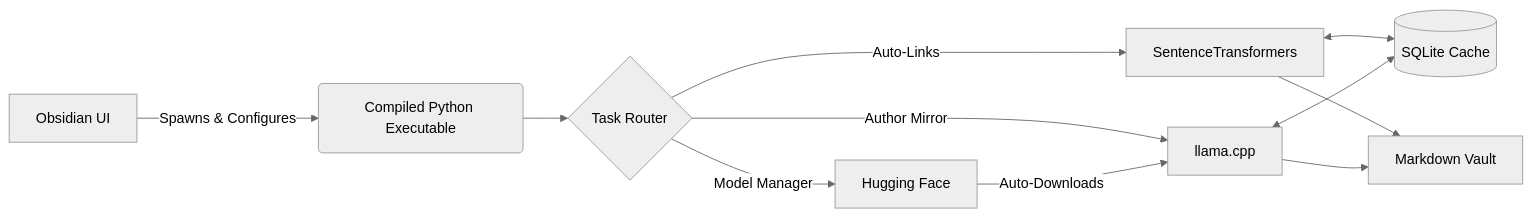
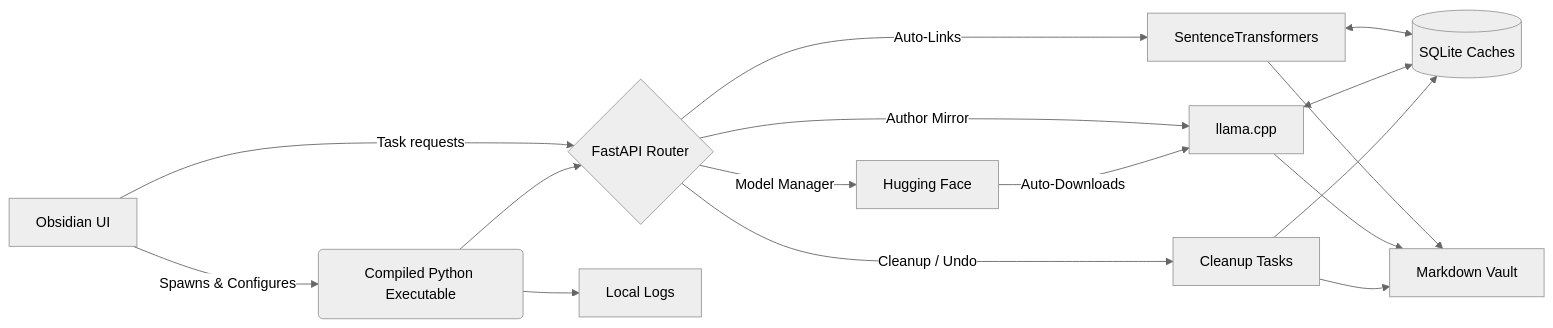
One commit to maeldepreville/pkmai changed the diagram in README.md. Above: the diagram before and after it, drawn with Mermaid (neutral theme). The commit also changed other lines of this file and 8 other files, not shown here.

Commit message:
feat: Undo/Cleanup actions

````diff
--- a/README.md
+++ b/README.md
@@ -21,13 +24,23 @@
 ```mermaid
 graph LR
     A[Obsidian UI] -->|Spawns & Configures| B(Compiled Python Executable)
-    B --> C{Task Router}
+    A -->|Task requests| C{FastAPI Router}
+    B --> C
+
     C -->|Auto-Links| D[SentenceTransformers]
     C -->|Author Mirror| E[llama.cpp]
+    C -->|Cleanup / Undo| I[Cleanup Tasks]
+
     C -->|Model Manager| H[Hugging Face]
-    D <--> F[(SQLite Cache)]
+    H -->|Auto-Downloads| E
+
+    D <--> F[(SQLite Caches)]
     E <--> F
-    H -->|Auto-Downloads| E
+    I --> F
+
     D --> G[Markdown Vault]
     E --> G
+    I --> G
+
+    B --> J[Local Logs]
 ```
````
